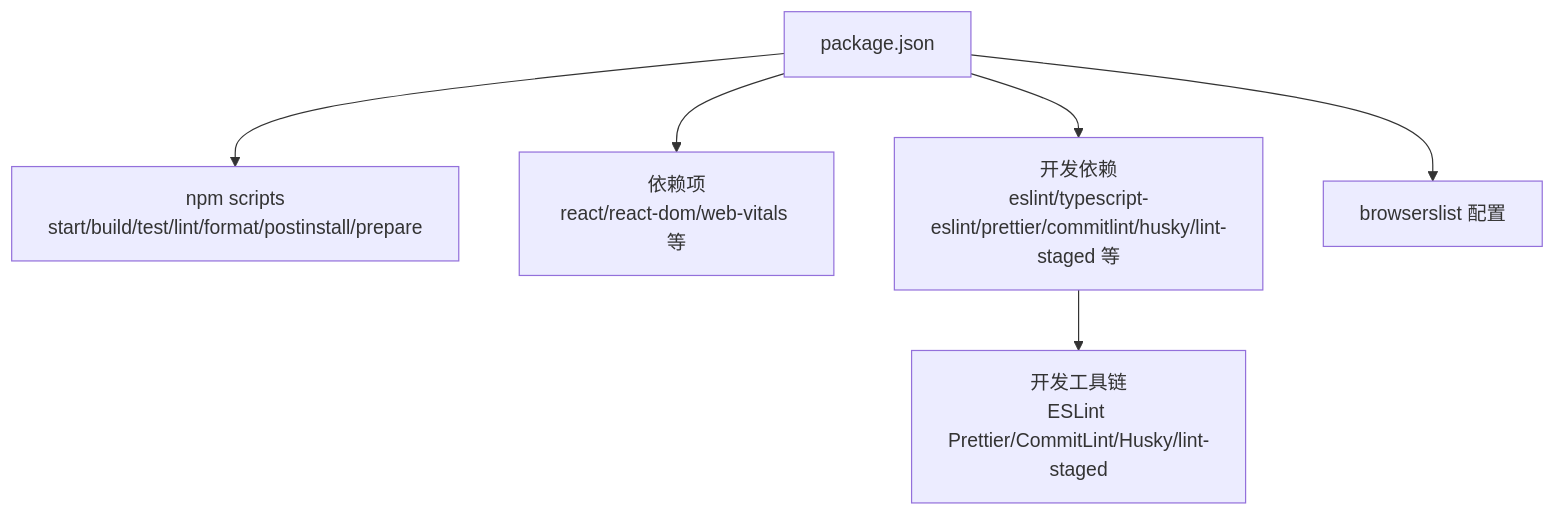
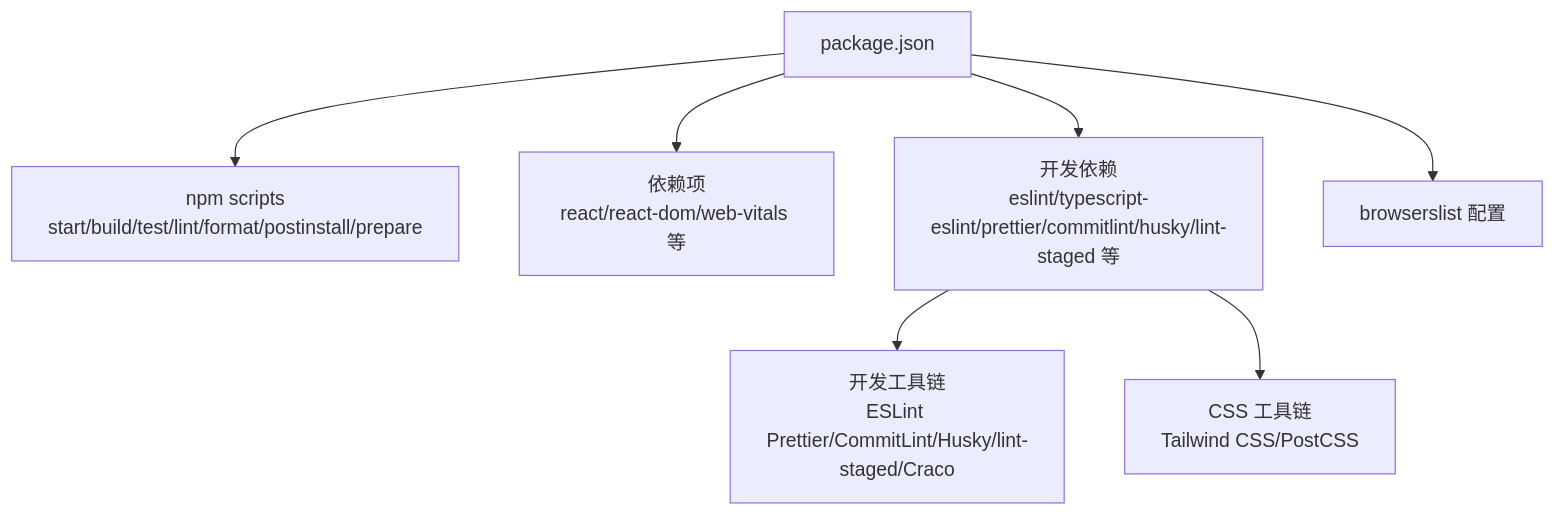
Diagram 13 of 13 in .qoder/repowiki/zh/content/开发工具链/开发工具链.md (kkxxll/reactNext), drawn with Mermaid before and after one commit. The commit also changed other lines of this file and 12 other files, not shown here.

````diff
--- a/.qoder/repowiki/zh/content/开发工具链/开发工具链.md
+++ b/.qoder/repowiki/zh/content/开发工具链/开发工具链.md
@@ -412,8 +500,9 @@
 ```mermaid
 graph TB
 pkg["package.json"] --> scripts["npm scripts<br/>start/build/test/lint/format/postinstall/prepare"]
 pkg --> deps["依赖项<br/>react/react-dom/web-vitals 等"]
 pkg --> devdeps["开发依赖<br/>eslint/typescript-eslint/prettier/commitlint/husky/lint-staged 等"]
 pkg --> browsers["browserslist 配置"]
-devdeps --> toolchain["开发工具链<br/>ESLint Prettier/CommitLint/Husky/lint-staged"]
+devdeps --> toolchain["开发工具链<br/>ESLint Prettier/CommitLint/Husky/lint-staged/Craco"]
+devdeps --> csschain["CSS 工具链<br/>Tailwind CSS/PostCSS"]
 ```
````
